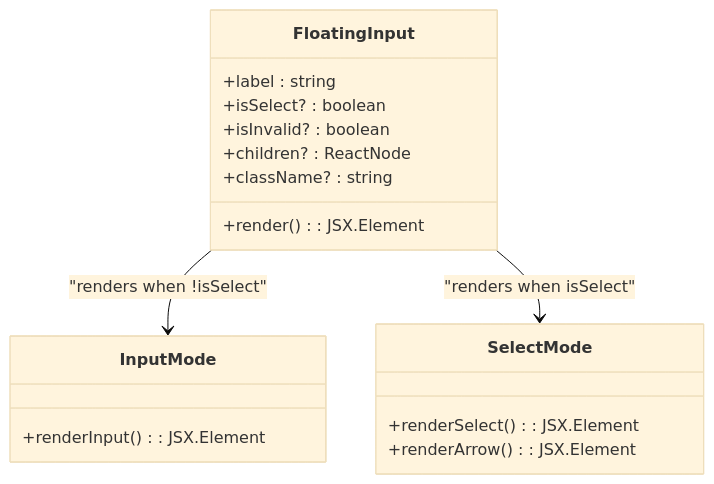
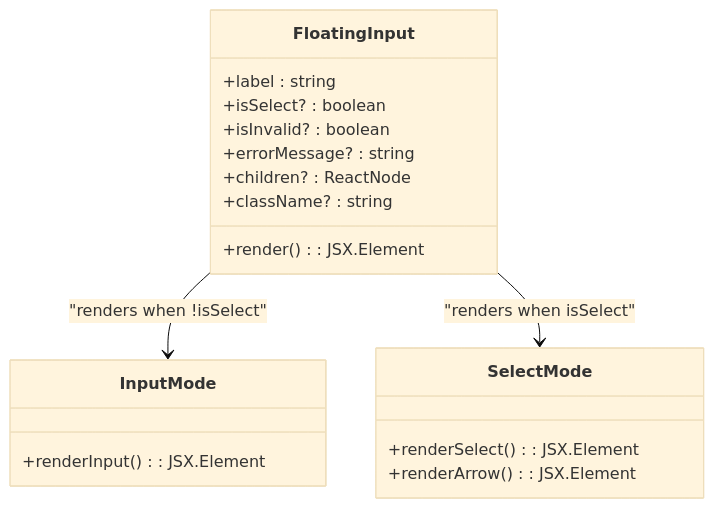
One commit to zpria/ACCOUND-ZPRIA changed the fifth of 7 diagrams in .qoder/repowiki/en/content/UI Component Library/FloatingInput Component.md. Above: the diagram before and after it, drawn with Mermaid (base theme). The commit also changed other lines of this file and 12 other files, not shown here.

````diff
--- a/.qoder/repowiki/en/content/UI Component Library/FloatingInput Component.md
+++ b/.qoder/repowiki/en/content/UI Component Library/FloatingInput Component.md
@@ -144,20 +156,21 @@
 ```mermaid
 classDiagram
 class FloatingInput {
 +label : string
 +isSelect? : boolean
 +isInvalid? : boolean
++errorMessage? : string
 +children? : ReactNode
 +className? : string
 +render() : JSX.Element
 }
 class InputMode {
 +renderInput() : JSX.Element
 }
 class SelectMode {
 +renderSelect() : JSX.Element
 +renderArrow() : JSX.Element
 }
 FloatingInput --> InputMode : "renders when !isSelect"
 FloatingInput --> SelectMode : "renders when isSelect"
 ```
````
